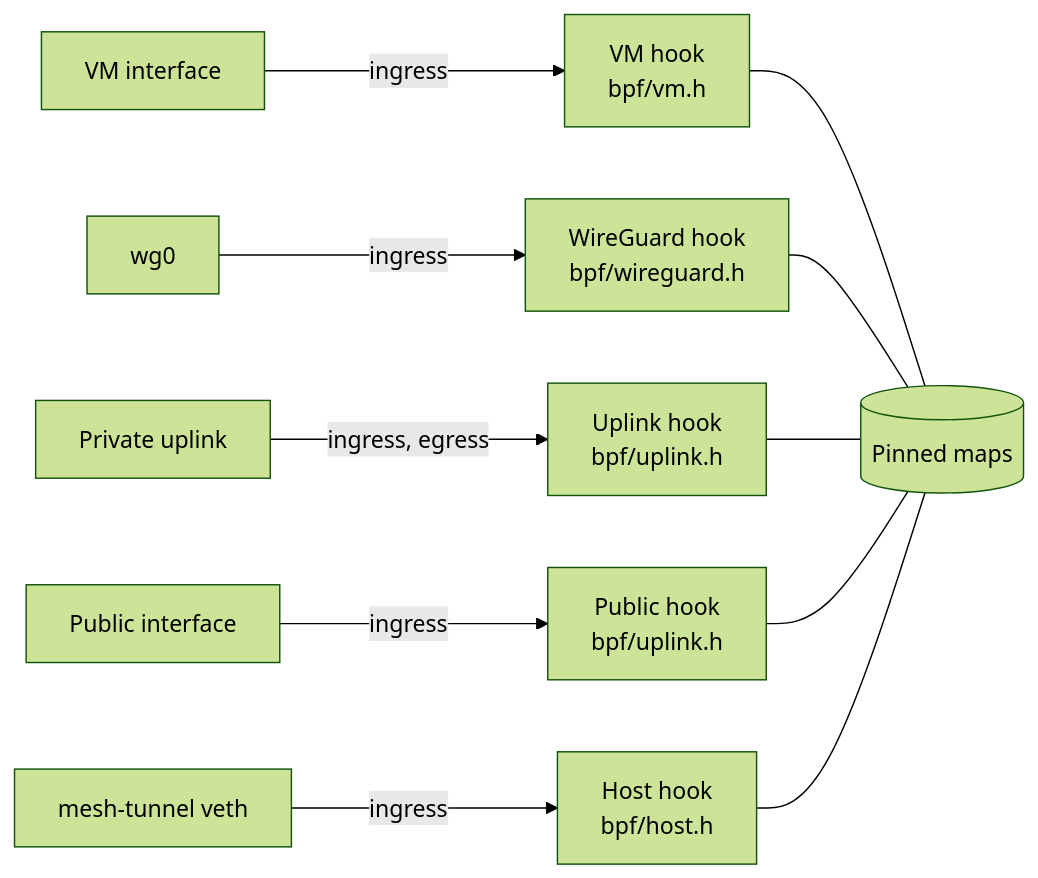
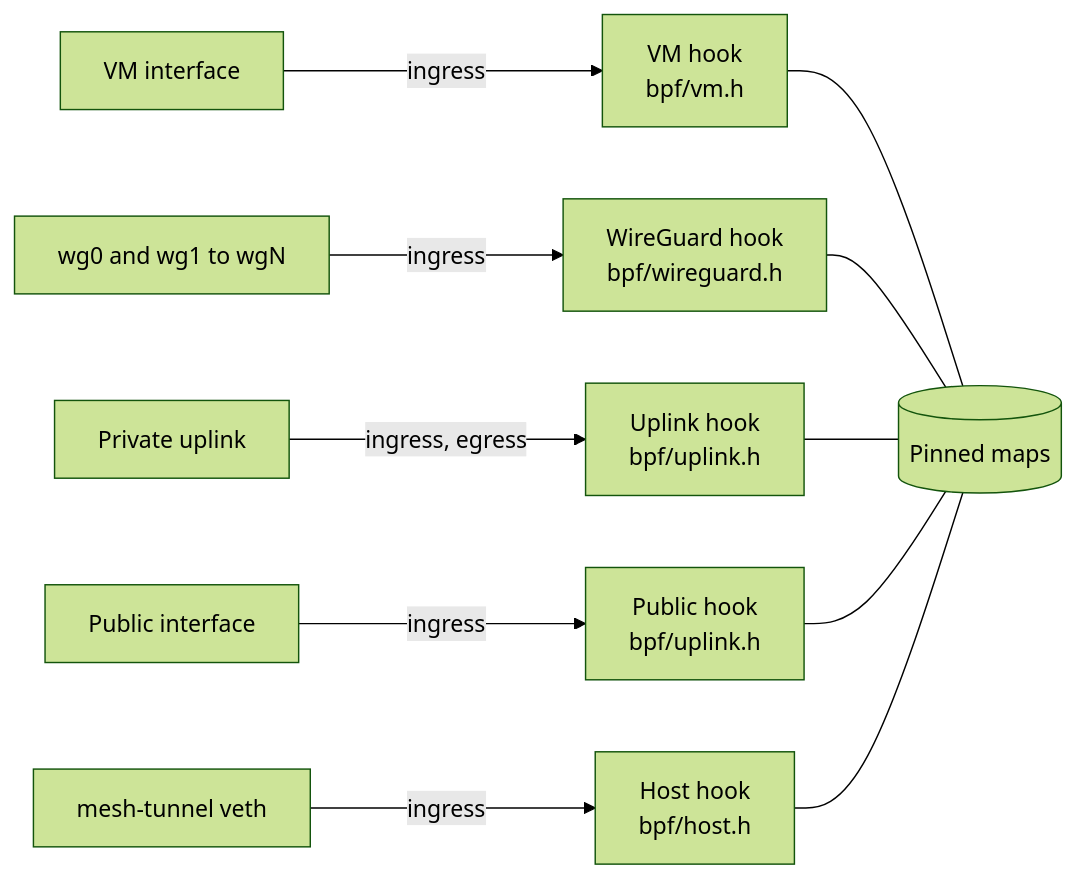
One commit to frappe/atlas changed the first of 2 diagrams in docs/networking/wg-mesh/index.md. Above: the diagram before and after it, drawn with Mermaid (forest theme). The commit also changed other lines of this file and 7 other files, not shown here.

````diff
--- a/docs/networking/wg-mesh/index.md
+++ b/docs/networking/wg-mesh/index.md
@@ -20,9 +20,9 @@
 ```mermaid
 flowchart LR
     VM[VM interface] -->|ingress| VH[VM hook<br/>bpf/vm.h]
-    WG[wg0] -->|ingress| WH[WireGuard hook<br/>bpf/wireguard.h]
+    WG[wg0 and wg1 to wgN] -->|ingress| WH[WireGuard hook<br/>bpf/wireguard.h]
     UP[Private uplink] -->|ingress, egress| UH[Uplink hook<br/>bpf/uplink.h]
     PUB[Public interface] -->|ingress| PH[Public hook<br/>bpf/uplink.h]
     HV[mesh-tunnel veth] -->|ingress| HH[Host hook<br/>bpf/host.h]
     VH & WH & UH & PH & HH --- Maps[(Pinned maps)]
 ```
````
